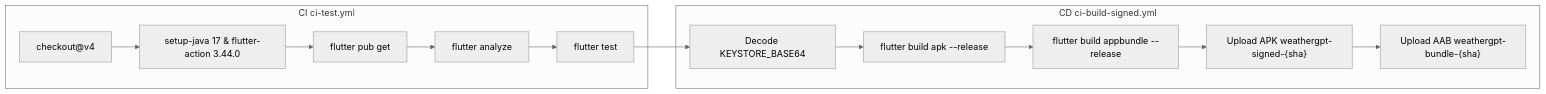
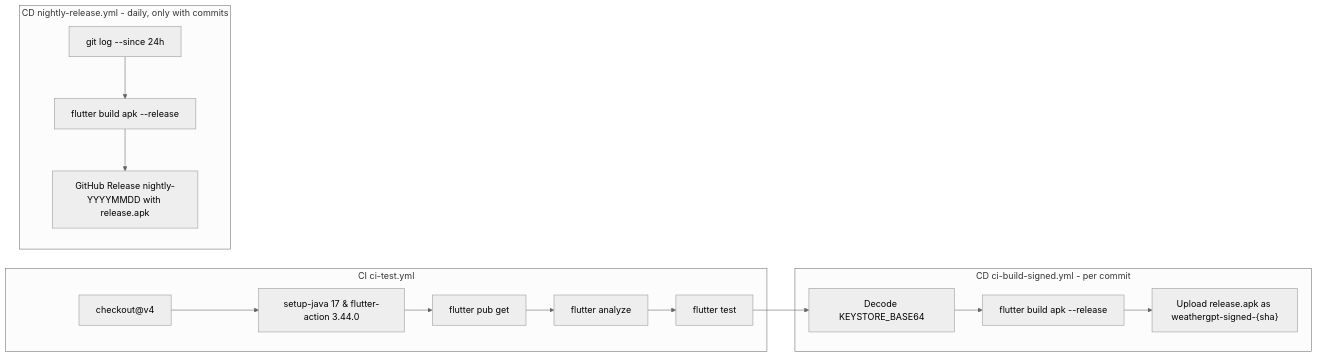
Before and after one commit to omsenjalia/weathergpt-app: the sixth of 7 diagrams in ARCHITECTURE.md, drawn with Mermaid (neutral theme). The commit also changed other lines of this file and 24 other files, not shown here.

Commit message:
feat: dev-only data source names, farmer onboarding farm step, nightly release APK

````diff
--- a/ARCHITECTURE.md
+++ b/ARCHITECTURE.md
@@ -690,16 +701,18 @@
 ```mermaid
 graph LR
     subgraph "CI ci-test.yml"
         T1["checkout@v4"] --> T2["setup-java 17 & flutter-action 3.44.0"]
         T2 --> T3["flutter pub get"]
         T3 --> T4["flutter analyze"]
         T4 --> T5["flutter test"]
     end
-    subgraph "CD ci-build-signed.yml"
+    subgraph "CD ci-build-signed.yml - per commit"
         B1["Decode KEYSTORE_BASE64"] --> B2["flutter build apk --release"]
-        B2 --> B3["flutter build appbundle --release"]
-        B3 --> B4["Upload APK weathergpt-signed-{sha}"]
-        B4 --> B5["Upload AAB weathergpt-bundle-{sha}"]
+        B2 --> B4["Upload release.apk as weathergpt-signed-{sha}"]
+    end
+    subgraph "CD nightly-release.yml - daily, only with commits"
+        N1["git log --since 24h"] --> N2["flutter build apk --release"]
+        N2 --> N3["GitHub Release nightly-YYYYMMDD with release.apk"]
     end
     T5 --> B1
 ```
````
